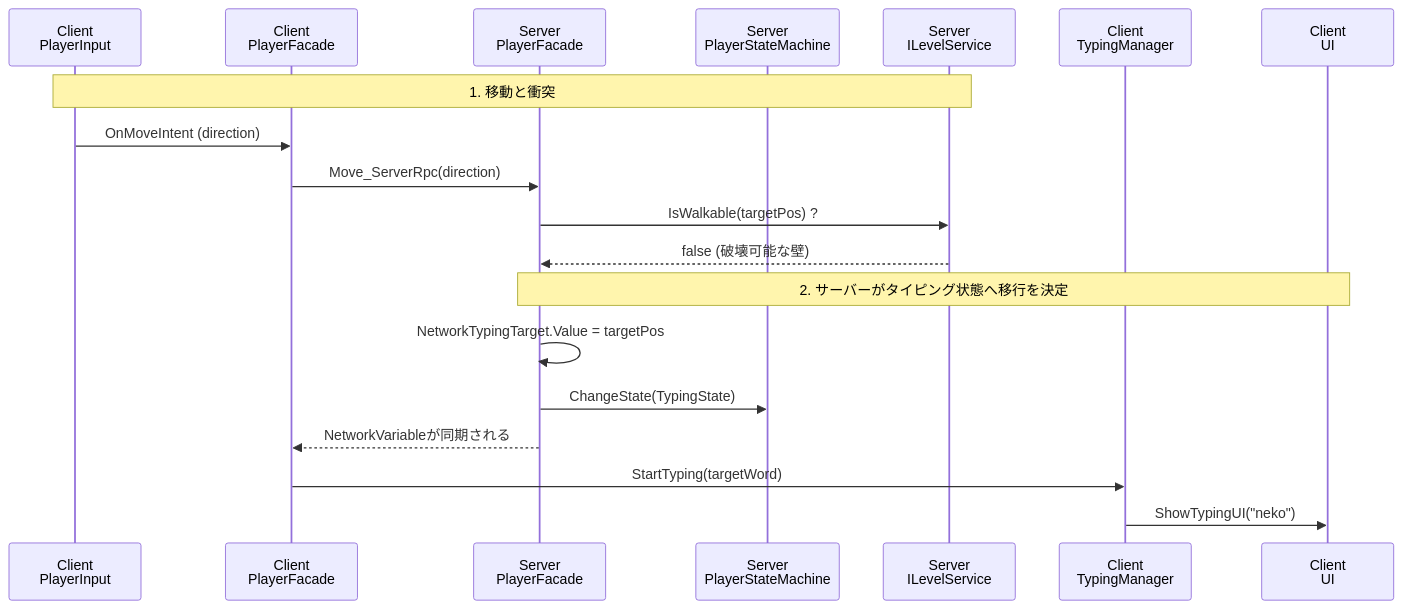
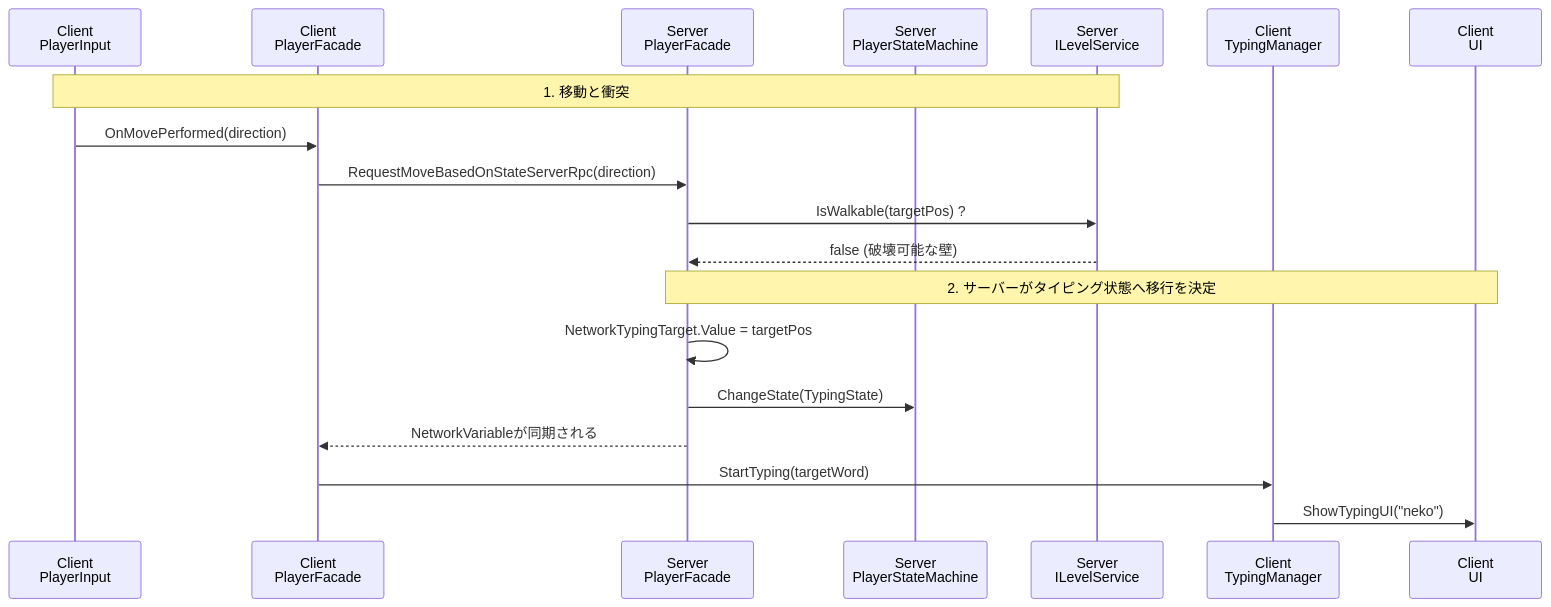
One commit to C4P3/TypingSurvivor changed the third of 3 diagrams in Assets/_Project/Data-Flow.md. Above: the diagram before and after it, drawn with Mermaid. The commit also changed other lines of this file and 11 other files, not shown here.

````diff
--- a/Assets/_Project/Data-Flow.md
+++ b/Assets/_Project/Data-Flow.md
@@ -67,25 +67,25 @@
 ```mermaid
 sequenceDiagram
     participant C_PlayerInput as Client<br>PlayerInput
     participant C_Facade as Client<br>PlayerFacade
     participant S_Facade as Server<br>PlayerFacade
     participant S_PlayerSM as Server<br>PlayerStateMachine
     participant S_LevelManager as Server<br>ILevelService
     participant C_TypingManager as Client<br>TypingManager
     participant C_UI as Client<br>UI
 
     %% 1. 移動と衝突
     Note over C_PlayerInput, S_LevelManager: 1. 移動と衝突
-    C_PlayerInput->>C_Facade: OnMoveIntent (direction)
-    C_Facade->>S_Facade: Move_ServerRpc(direction)
+    C_PlayerInput->>C_Facade: OnMovePerformed(direction)
+    C_Facade->>S_Facade: RequestMoveBasedOnStateServerRpc(direction)
     S_Facade->>S_LevelManager: IsWalkable(targetPos) ?
     S_LevelManager-->>S_Facade: false (破壊可能な壁)
 
     %% 2. タイピング状態へ移行
     Note over S_Facade, C_UI: 2. サーバーがタイピング状態へ移行を決定
     S_Facade->>S_Facade: NetworkTypingTarget.Value = targetPos
     S_Facade->>S_PlayerSM: ChangeState(TypingState)
     S_Facade-->>C_Facade: NetworkVariableが同期される
     C_Facade->>C_TypingManager: StartTyping(targetWord)
     C_TypingManager->>C_UI: ShowTypingUI("neko")
 ```
````
